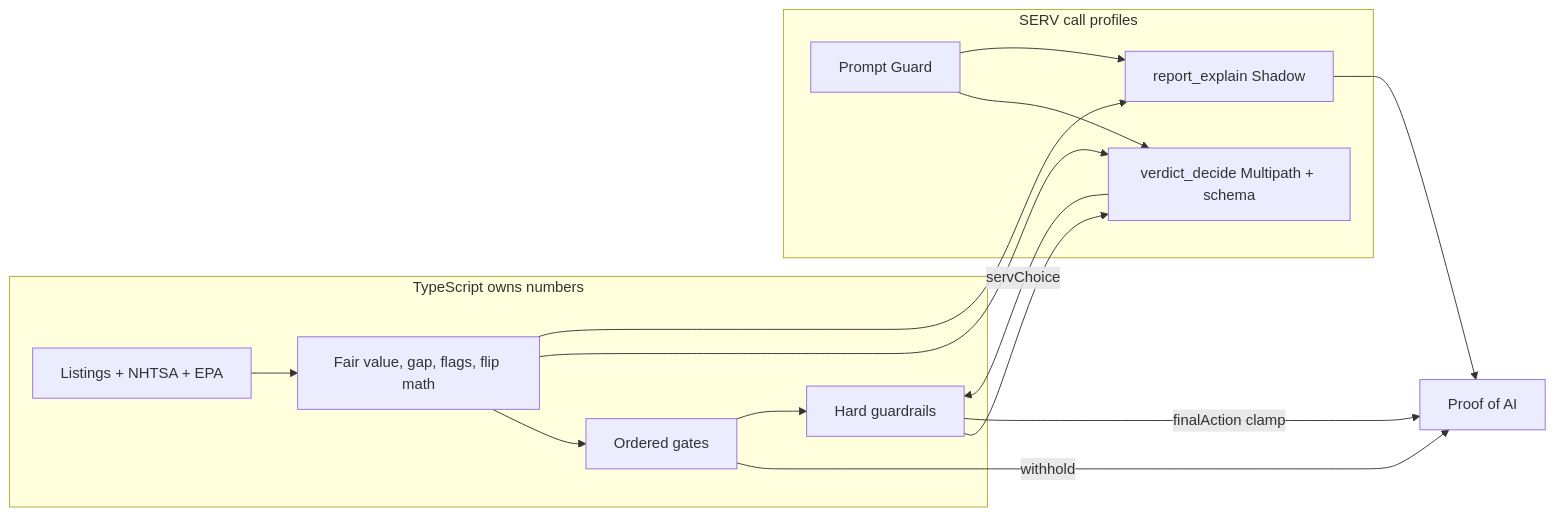
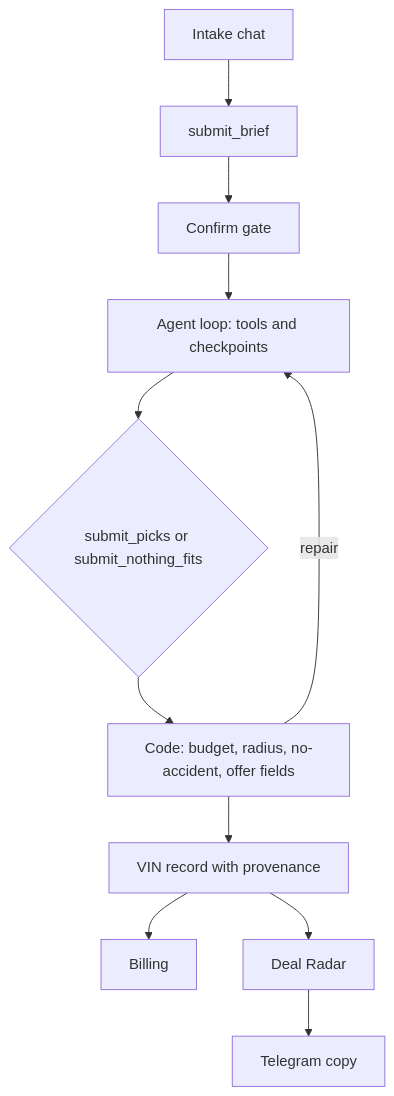
One commit to aspekt19/autoflip changed the diagram in README.md. Above: the diagram before and after it, drawn with Mermaid. The commit also changed other lines of this file and 36 other files, not shown here.

First line of the commit message:
fix: enforce no-accident and radius, and keep offers structured (#207)

````diff
--- a/README.md
+++ b/README.md
@@ -35,25 +24,13 @@
 ```mermaid
-flowchart LR
-  subgraph ts [TypeScript owns numbers]
-    Fetch[Listings + NHTSA + EPA]
-    Facts[Fair value, gap, flags, flip math]
-    Gates[Ordered gates]
-    Rails[Hard guardrails]
-  end
-  subgraph serv [SERV call profiles]
-    Guard[Prompt Guard]
-    Decide[verdict_decide Multipath + schema]
-    Explain[report_explain Shadow]
-  end
-  Proof[Proof of AI]
-  Fetch --> Facts --> Gates
-  Gates -->|withhold| Proof
-  Gates --> Rails
-  Facts --> Decide
-  Rails --> Decide
-  Decide -->|servChoice| Rails
-  Rails -->|finalAction clamp| Proof
-  Facts --> Explain --> Proof
-  Guard --> Decide
-  Guard --> Explain
+flowchart TD
+  chat[Intake chat] --> brief[submit_brief]
+  brief --> confirm[Confirm gate]
+  confirm --> loop[Agent loop: tools and checkpoints]
+  loop --> terminal{submit_picks or submit_nothing_fits}
+  terminal --> checks[Code: budget, radius, no-accident, offer fields]
+  checks -->|repair| loop
+  checks --> record[VIN record with provenance]
+  record --> bill[Billing]
+  record --> radar[Deal Radar]
+  radar --> telegram[Telegram copy]
 ```
````
